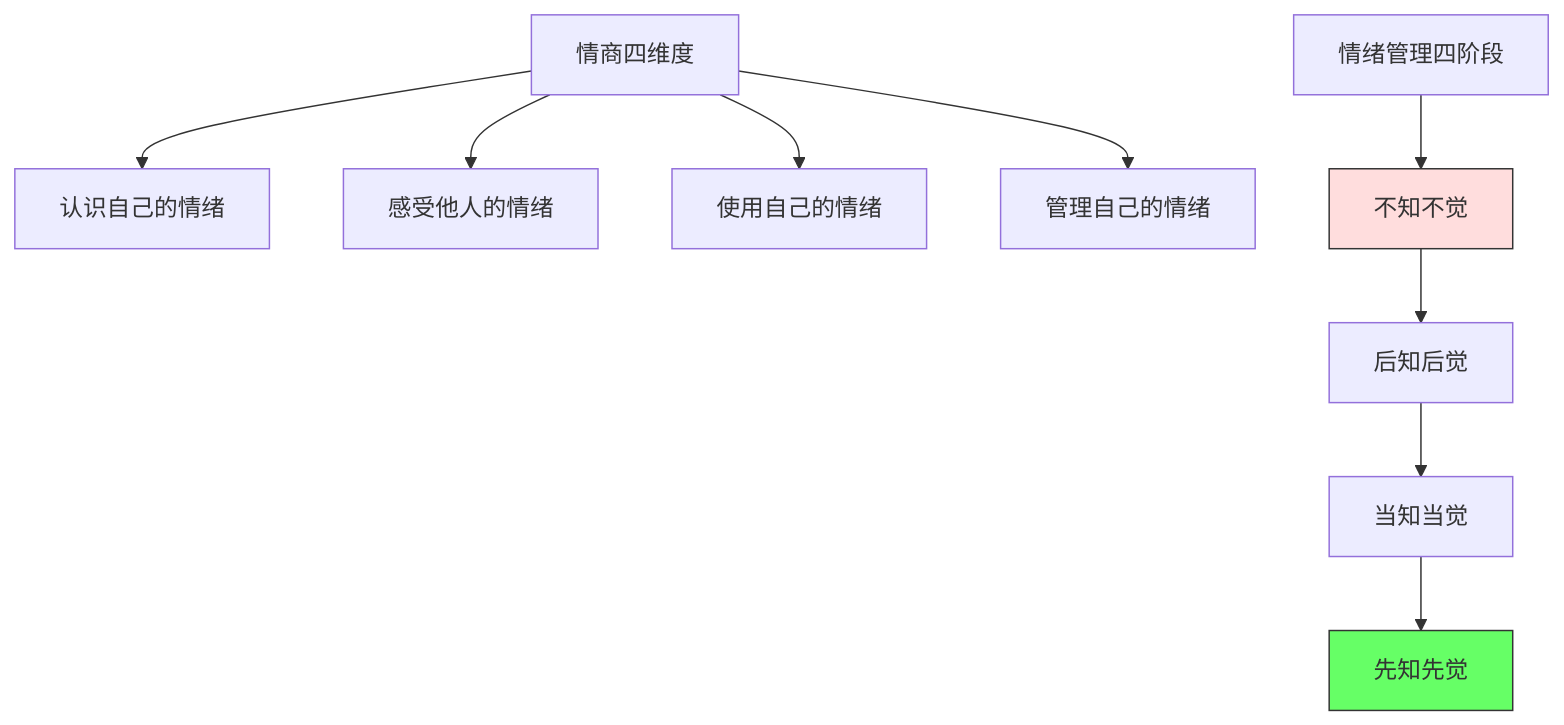
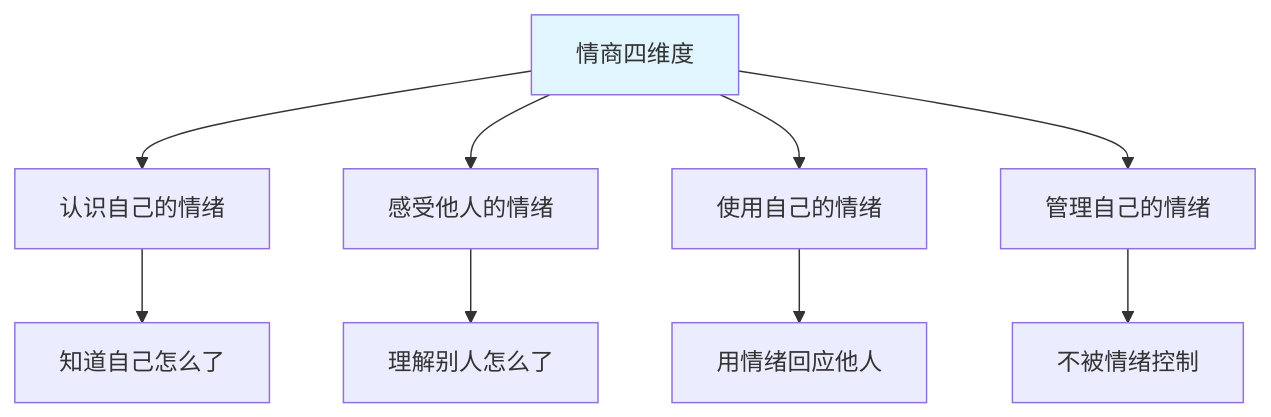
Before and after one commit to chongyang211/YCBookBlog: the first of 10 diagrams in 10.自我进阶提升书/07.底层思维的训练/7.7情商能力的学习.md, drawn with Mermaid. The commit also changed other lines of this file and 6 other files, not shown here.

````diff
--- a/10.自我进阶提升书/07.底层思维的训练/7.7情商能力的学习.md
+++ b/10.自我进阶提升书/07.底层思维的训练/7.7情商能力的学习.md
@@ -26,13 +18,12 @@
 ```mermaid
 graph TD
     A[情商四维度] --> B[认识自己的情绪]
     A --> C[感受他人的情绪]
     A --> D[使用自己的情绪]
     A --> E[管理自己的情绪]
-    F[情绪管理四阶段] --> G[不知不觉]
-    G --> H[后知后觉]
-    H --> I[当知当觉]
-    I --> J[先知先觉]
-    style G fill:#fdd,stroke:#333
-    style J fill:#6f6,stroke:#333
+    B --> B1[知道自己怎么了]
+    C --> C1[理解别人怎么了]
+    D --> D1[用情绪回应他人]
+    E --> E1[不被情绪控制]
+    style A fill:#e1f5fe
 ```
````
